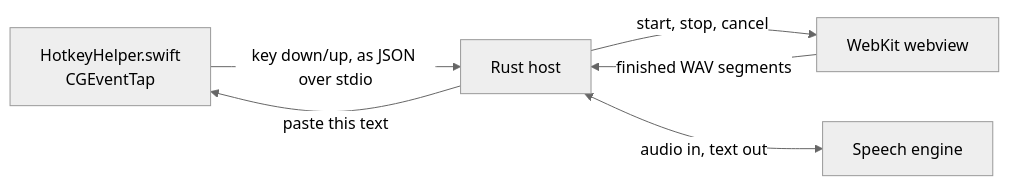
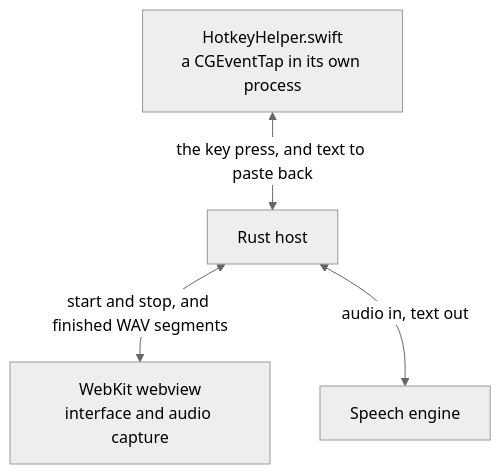
Before and after one commit to vipinsight/waveform: the diagram in docs/architecture.md, drawn with Mermaid (neutral theme). The commit also changed other lines of this file and 1 other file, not shown here.

Commit message:
Turn the diagrams upright so they can be read
Both were drawn left to right, which made them wide and short: the
README's was 1344 by 253. GitHub renders a Mermaid block in an iframe
sized to the content column, so a wide diagram is scaled down to fit and
its text with it -- that one was landing at 60 per cent of its natural
size, which is why it could not be read.

Upright they are narrower than the column, so nothing is scaled and the
text renders at full size. 492 by 632 and 489 by 470.

The architecture one also had two edges running in opposite directions
between the same pair of boxes, and their labels landed on top of each
other. One bidirectional edge with one label says the same thing and
stays legible.

Rendered and looked at, rather than assumed. GitHub's zoom controls sit
in the bottom-right of the frame and cannot be turned off, but a diagram
narrower than the column leaves that corner empty, so they no longer
overlap anything either.

````diff
--- a/docs/architecture.md
+++ b/docs/architecture.md
@@ -8,13 +8,11 @@
 ```mermaid
-flowchart LR
-    helper["HotkeyHelper.swift<br/>CGEventTap"]
+flowchart TD
+    helper["HotkeyHelper.swift<br/>a CGEventTap in its own process"]
     core["Rust host"]
-    web["WebKit webview"]
+    web["WebKit webview<br/>interface and audio capture"]
     engine["Speech engine"]
 
-    helper -->|"key down/up, as JSON over stdio"| core
-    core -->|"paste this text"| helper
-    core -->|"start, stop, cancel"| web
-    web -->|"finished WAV segments"| core
+    helper <-->|"the key press, and text to paste back"| core
+    core <-->|"start and stop, and finished WAV segments"| web
     core <-->|"audio in, text out"| engine
 ```
````
